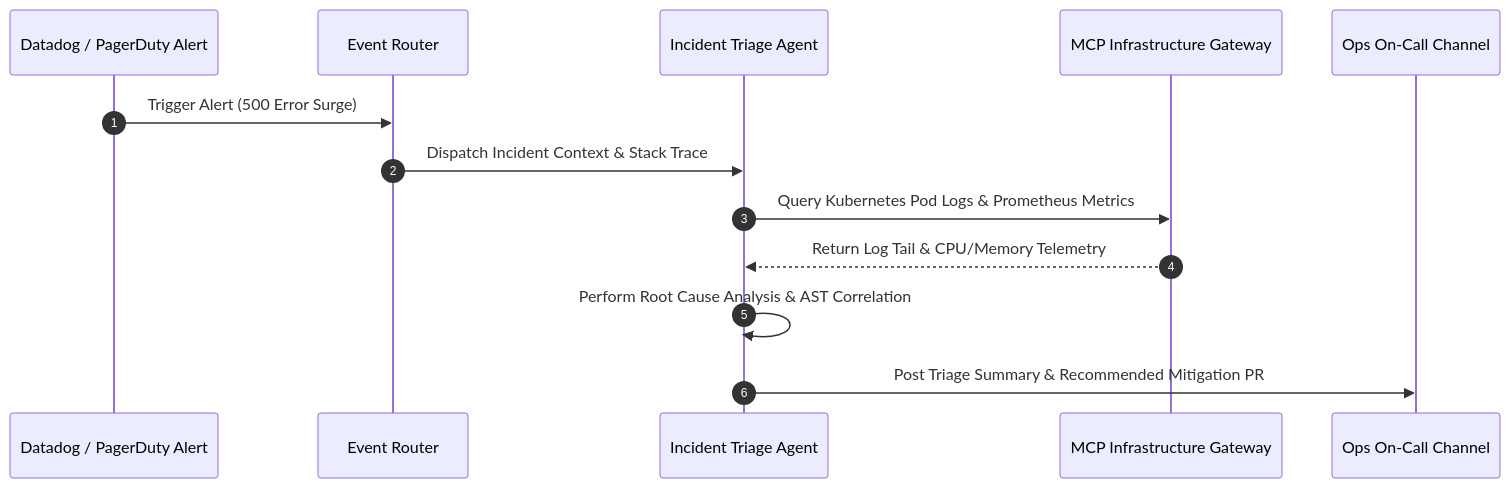
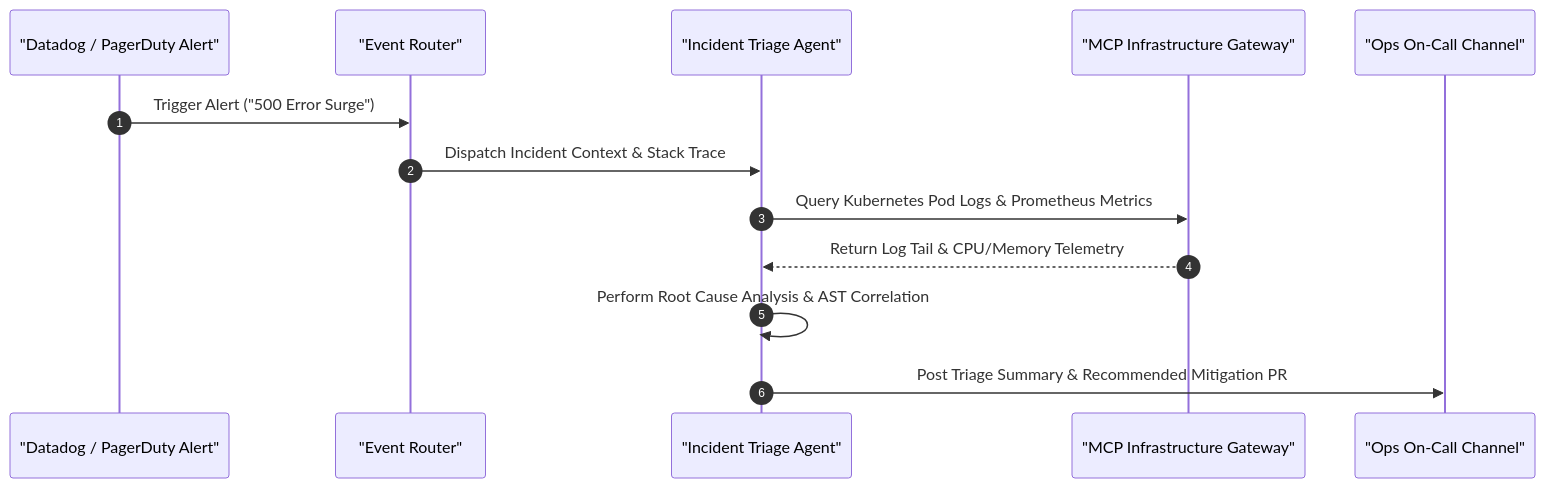
The second of 4 diagrams in content/series/ai-driven-playbook/part-3b-ai-automation-internal-ops.md (vesviet/vesviet), drawn with Mermaid before and after one commit. The commit also changed other lines of this file and 331 other files, not shown here.

````diff
--- a/content/series/ai-driven-playbook/part-3b-ai-automation-internal-ops.md
+++ b/content/series/ai-driven-playbook/part-3b-ai-automation-internal-ops.md
@@ -53,16 +55,16 @@
 ```mermaid
 sequenceDiagram
     autonumber
-    participant Alert as Datadog / PagerDuty Alert
-    participant Ingest as Event Router
-    participant Agent as Incident Triage Agent
-    participant MCP as MCP Infrastructure Gateway
-    participant Slack as Ops On-Call Channel
+    participant Alert as "Datadog / PagerDuty Alert"
+    participant Ingest as "Event Router"
+    participant Agent as "Incident Triage Agent"
+    participant MCP as "MCP Infrastructure Gateway"
+    participant Slack as "Ops On-Call Channel"
 
-    Alert->>Ingest: Trigger Alert (500 Error Surge)
+    Alert->>Ingest: Trigger Alert ("500 Error Surge")
     Ingest->>Agent: Dispatch Incident Context & Stack Trace
     Agent->>MCP: Query Kubernetes Pod Logs & Prometheus Metrics
     MCP-->>Agent: Return Log Tail & CPU/Memory Telemetry
     Agent->>Agent: Perform Root Cause Analysis & AST Correlation
     Agent->>Slack: Post Triage Summary & Recommended Mitigation PR
 ```
````
